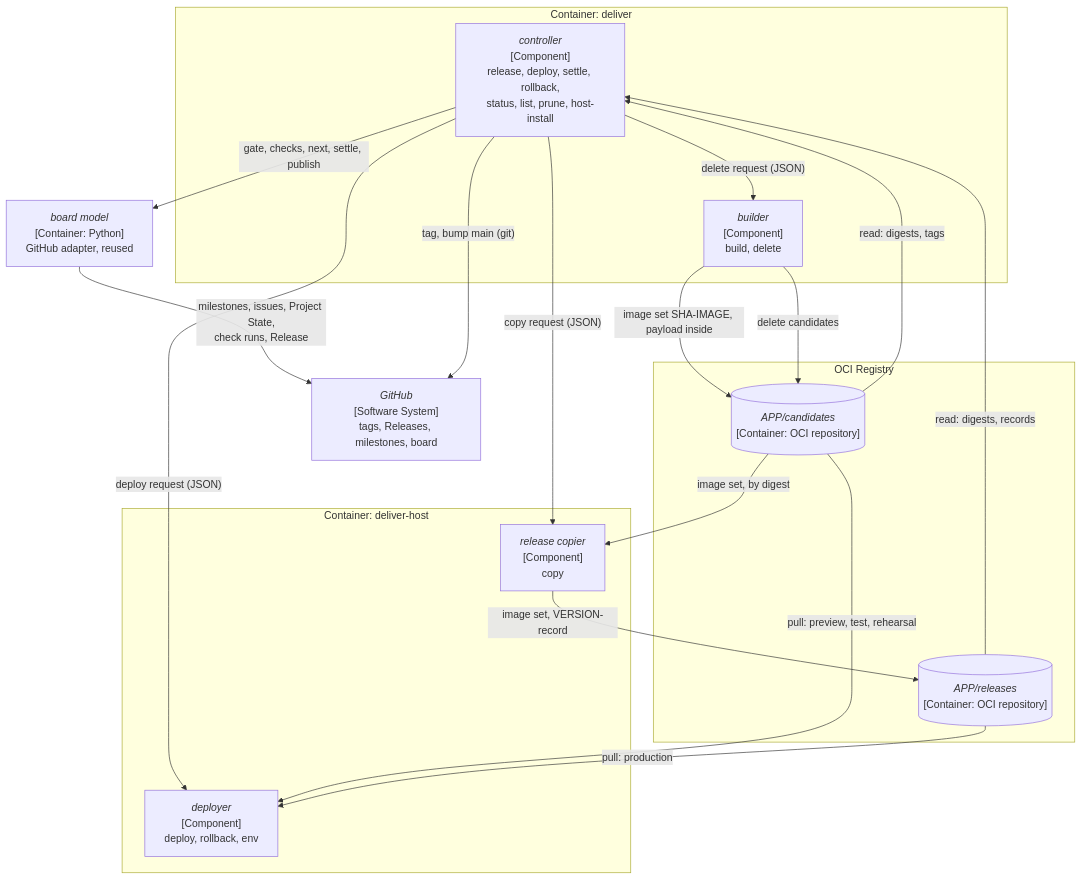
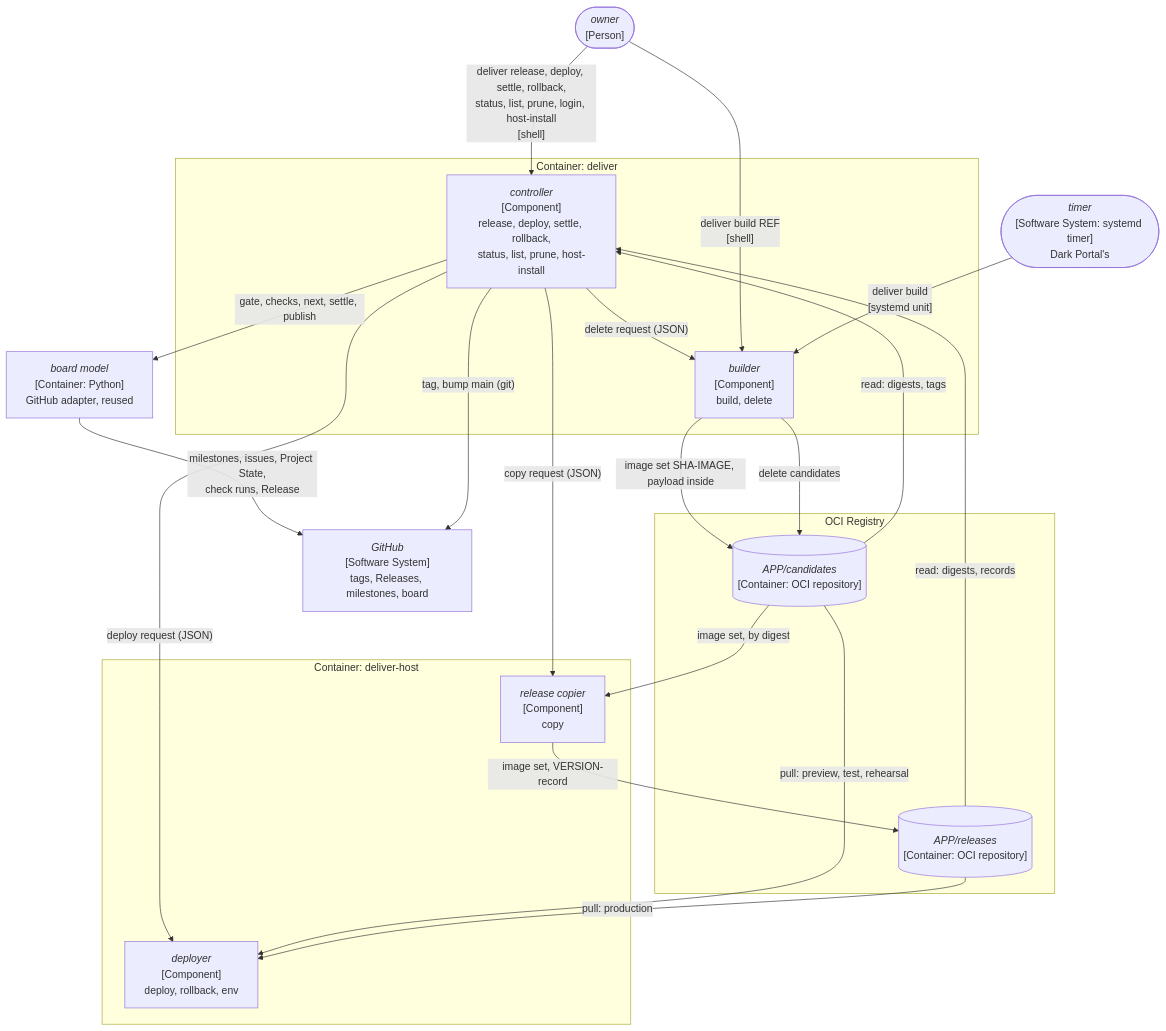
The first of 6 diagrams in records/2.5-changes/programme-tooling/117-generic-deliver-tool/design.md (delphside/programme), drawn with Mermaid before and after one commit.

Commit message:
Change 117: show the commands coming into the controller and builder
The owner, 2026-11-08: the Container view shows the owner's commands
and Dark Portal's timer as they reach the controller and the builder.

Refs #117

Claude-Session: https://claude.ai/code/session_014C8pM72TmZwJEuKhePejaa

````diff
--- a/records/2.5-changes/programme-tooling/117-generic-deliver-tool/design.md
+++ b/records/2.5-changes/programme-tooling/117-generic-deliver-tool/design.md
@@ -99,31 +99,36 @@
 ```mermaid
 flowchart TB
+  OWN(["<i>owner</i><br>[Person]"])
+  TIMER(["<i>timer</i><br>[Software System: systemd timer]<br>Dark Portal's"])
   subgraph DELIVER["Container: deliver"]
     CTL["<i>controller</i><br>[Component]<br>release, deploy, settle, rollback,<br>status, list, prune, host-install"]
     BLD["<i>builder</i><br>[Component]<br>build, delete"]
   end
   subgraph HOST["Container: deliver-host"]
     COPY["<i>release copier</i><br>[Component]<br>copy"]
     DEP["<i>deployer</i><br>[Component]<br>deploy, rollback, env"]
   end
   subgraph OCIR["OCI Registry"]
     CAND[("<i>APP/candidates</i><br>[Container: OCI repository]")]
     REL[("<i>APP/releases</i><br>[Container: OCI repository]")]
   end
   GH["<i>GitHub</i><br>[Software System]<br>tags, Releases, milestones, board"]
   BM["<i>board model</i><br>[Container: Python]<br>GitHub adapter, reused"]
   CTL -->|"gate, checks, next, settle, publish"| BM
   BM -->|"milestones, issues, Project State,<br>check runs, Release"| GH
   BLD -->|"image set SHA-IMAGE, payload inside"| CAND
   CAND -->|"read: digests, tags"| CTL
   REL -->|"read: digests, records"| CTL
   CTL -->|"delete request (JSON)"| BLD
   BLD -->|"delete candidates"| CAND
   CTL -->|"copy request (JSON)"| COPY
   CAND -->|"image set, by digest"| COPY
   COPY -->|"image set, VERSION-record"| REL
   CTL -->|"deploy request (JSON)"| DEP
   CAND -->|"pull: preview, test, rehearsal"| DEP
   REL -->|"pull: production"| DEP
   CTL -->|"tag, bump main (git)"| GH
+  OWN -->|"deliver release, deploy, settle, rollback,<br>status, list, prune, login, host-install<br>[shell]"| CTL
+  OWN -->|"deliver build REF<br>[shell]"| BLD
+  TIMER -->|"deliver build<br>[systemd unit]"| BLD
 ```
````
